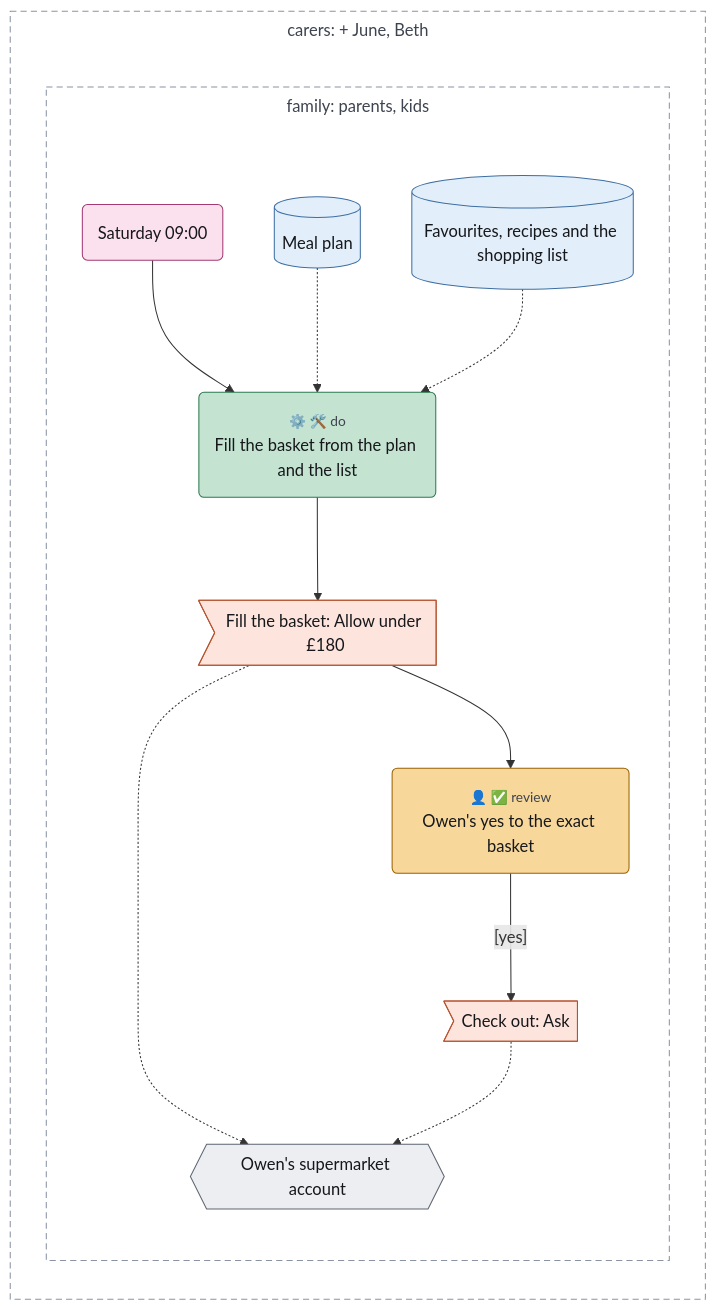
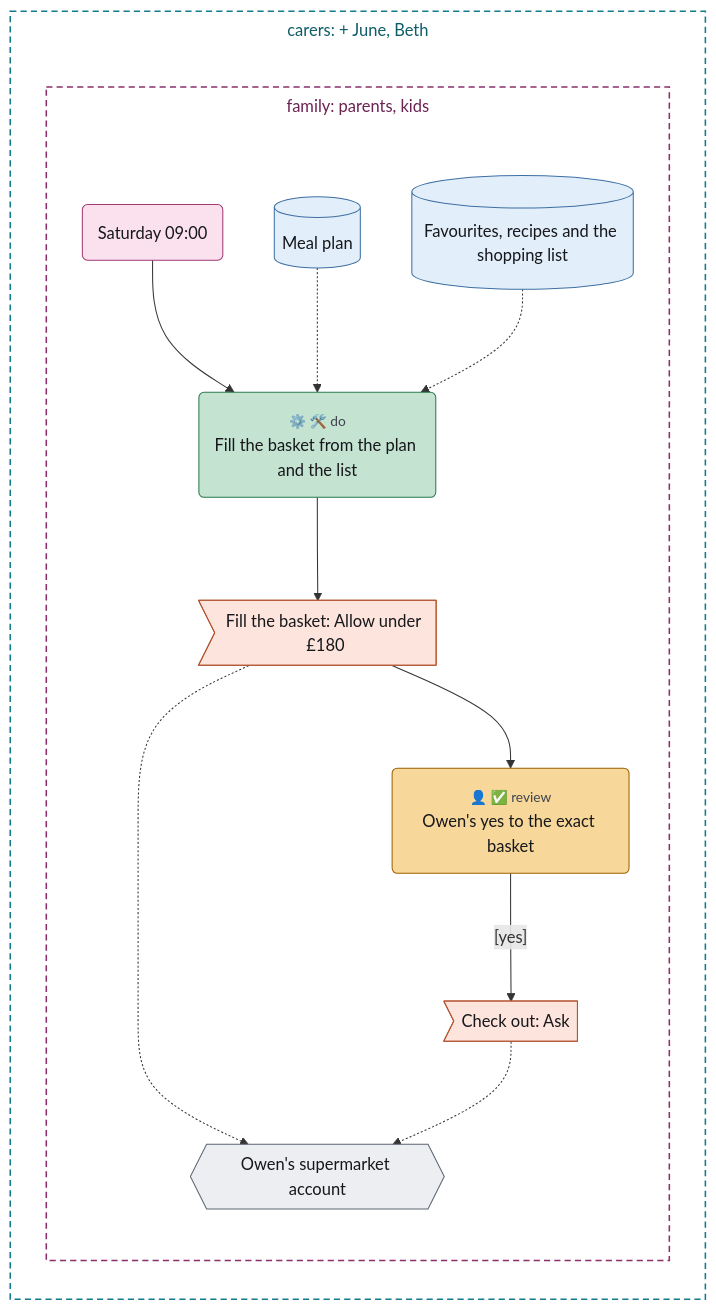
The diagram in examples/shopping.mmd (chrismdp/awml), drawn with Mermaid before and after one commit. The commit also changed 69 other files, not shown here.

```diff
--- a/examples/shopping.mmd
+++ b/examples/shopping.mmd
@@ -1,51 +1,51 @@
 ---
 config:
   theme: default
   fontFamily: Inter, sans-serif
   flowchart:
     useMaxWidth: false
     subGraphTitleMargin:
       top: 6
       bottom: 30
 ---
 flowchart TB
   subgraph carers["carers#58; #43; June#44; Beth"]
     direction TB
     subgraph family["family#58; parents#44; kids"]
       direction TB
       sat("Saturday 09#58;00")
       favourites[("Favourites#44; recipes and the shopping list")]
       mealplan[("Meal plan")]
       fill("<small style='color:rgb(61,67,79)'>⚙️ 🛠️ do</small><br>Fill the basket from the plan and the list")
       basket>"Fill the basket#58; Allow under £180"]
       approve("<small style='color:rgb(61,67,79)'>👤 ✅ review</small><br>Owen#39;s yes to the exact basket")
       checkout>"Check out#58; Ask"]
       shop{{"Owen#39;s supermarket account"}}
     end
   end
 
   sat --> fill
   mealplan -.-> fill
   favourites -.-> fill
   fill --> basket
   basket -.-> shop
   basket --> approve
   approve -->|"#91;yes#93;"| checkout
   checkout -.-> shop
   classDef trig fill:#fbe1ee,stroke:#a33a74,color:#16171b
   classDef ctx fill:#e2eef9,stroke:#3d6fa3,color:#16171b
   classDef con fill:#eceef2,stroke:#5d6472,color:#16171b
   classDef surf fill:#ffffff,stroke:#2a2d35,stroke-width:1.5px,color:#16171b
   classDef out fill:#fde4dc,stroke:#b5532f,color:#16171b
   classDef ai fill:#cdd3fb,stroke:#3b4bb0,color:#16171b
   classDef code fill:#c4e3d1,stroke:#2b7a4f,color:#16171b
   classDef person fill:#f7d79a,stroke:#9a6100,color:#16171b
   classDef gap fill:#ffffff,stroke:#8a93a3,stroke-dasharray:4 3,color:#6b7280
   class sat trig
   class favourites,mealplan ctx
   class shop con
   class basket,checkout out
   class fill code
   class approve person
-  style carers fill:transparent,stroke:#8a93a3,stroke-dasharray:6 4,color:#3d434f
-  style family fill:transparent,stroke:#8a93a3,stroke-dasharray:6 4,color:#3d434f
+  style carers fill:transparent,stroke:#127c8c,stroke-width:1.5px,stroke-dasharray:6 4,color:#0d5c68
+  style family fill:transparent,stroke:#8c2f6b,stroke-width:1.5px,stroke-dasharray:6 4,color:#6b2251
```
